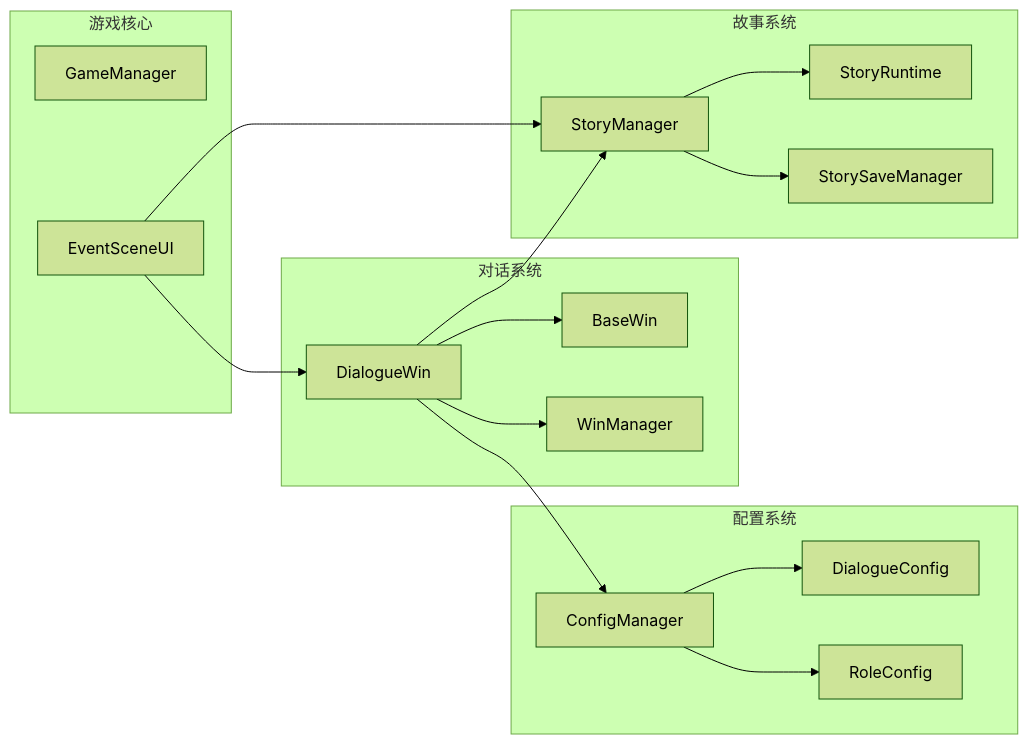
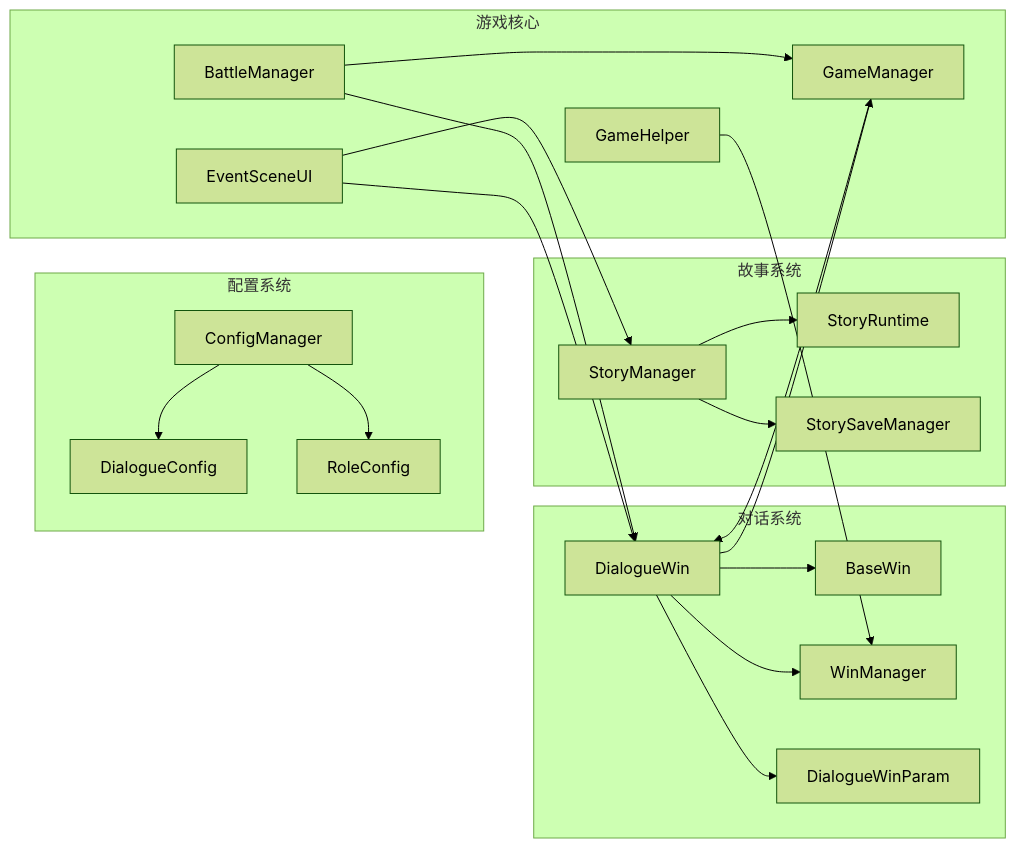
One commit to Tuusen/p1_client changed the seventh of 7 diagrams in .qoder/repowiki/zh/content/Dialogue Win.md. Above: the diagram before and after it, drawn with Mermaid (forest theme). The commit also changed other lines of this file and 21 other files, not shown here.

````diff
--- a/.qoder/repowiki/zh/content/Dialogue Win.md
+++ b/.qoder/repowiki/zh/content/Dialogue Win.md
@@ -283,32 +370,39 @@
 ```mermaid
 graph LR
 subgraph "对话系统"
 DW[DialogueWin]
 BW[BaseWin]
 WM[WinManager]
+DWP[DialogueWinParam]
 end
 subgraph "配置系统"
 CM[ConfigManager]
 DC[DialogueConfig]
 RC[RoleConfig]
 end
 subgraph "故事系统"
 SM[StoryManager]
 SR[StoryRuntime]
 SSM[StorySaveManager]
 end
 subgraph "游戏核心"
 GM[GameManager]
+GH[GameHelper]
 ES[EventSceneUI]
+BM[BattleManager]
 end
 DW --> BW
 DW --> WM
-DW --> CM
-DW --> SM
+DW --> DWP
+DW --> GM
 ES --> DW
 ES --> SM
+BM --> DW
+BM --> GM
 SM --> SSM
 SM --> SR
 CM --> DC
 CM --> RC
+GH --> WM
+GM --> DW
 ```
````
